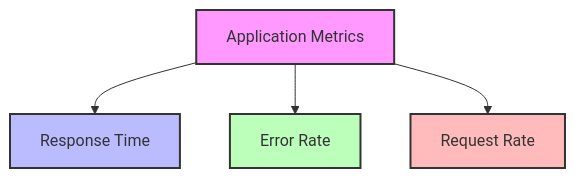
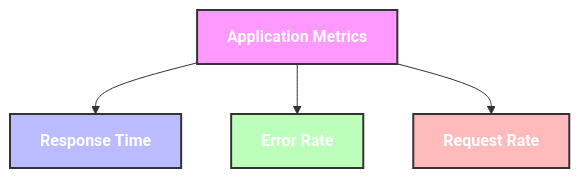
One commit to ivanht/minikube-argocd-local changed the third of 4 diagrams in README.md. Above: the diagram before and after it, drawn with Mermaid. The commit also changed other lines of this file, not shown here.

Commit message:
fix: bold whte for mermaid

````diff
--- a/README.md
+++ b/README.md
@@ -71,10 +74,10 @@
 ```mermaid
 graph TD
     A[Application Metrics] --> B[Response Time]
     A --> C[Error Rate]
     A --> D[Request Rate]
-    style A fill:#f9f,stroke:#333,stroke-width:2px
-    style B fill:#bbf,stroke:#333,stroke-width:2px
-    style C fill:#bfb,stroke:#333,stroke-width:2px
-    style D fill:#fbb,stroke:#333,stroke-width:2px
+    style A fill:#f9f,stroke:#333,stroke-width:2px,color:white,font-weight:bold
+    style B fill:#bbf,stroke:#333,stroke-width:2px,color:white,font-weight:bold
+    style C fill:#bfb,stroke:#333,stroke-width:2px,color:white,font-weight:bold
+    style D fill:#fbb,stroke:#333,stroke-width:2px,color:white,font-weight:bold
 ```
````
